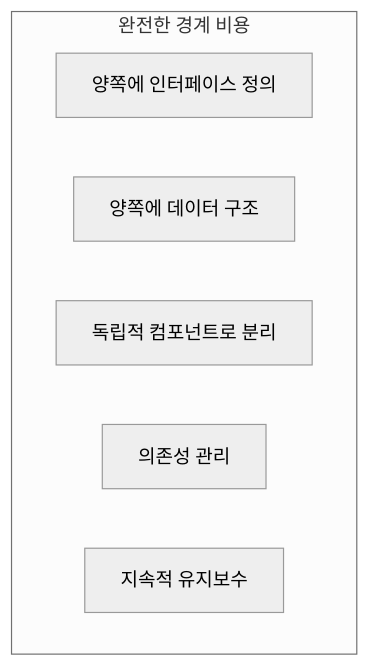
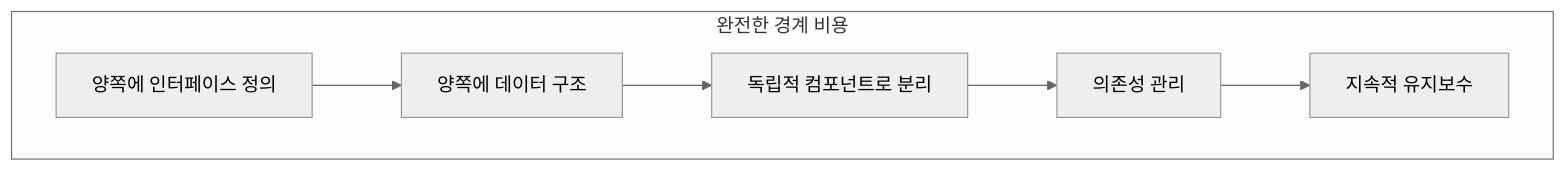
One commit to 42jerrykim/42jerrykim.github.io changed the first of 8 diagrams in content/collection/cleanarchitecture/34-partial-boundaries-cost-benefit-balance/index.md. Above: the diagram before and after it, drawn with Mermaid (neutral theme). The commit also changed other lines of this file, not shown here.

````diff
--- a/content/collection/cleanarchitecture/34-partial-boundaries-cost-benefit-balance/index.md
+++ b/content/collection/cleanarchitecture/34-partial-boundaries-cost-benefit-balance/index.md
@@ -42,10 +42,9 @@
 ```mermaid
 flowchart TB
     subgraph FullBoundary [완전한 경계 비용]
-        INTF[양쪽에 인터페이스 정의]
-        DS[양쪽에 데이터 구조]
-        DEP[독립적 컴포넌트로 분리]
-        MANAGE[의존성 관리]
-        MAINT[지속적 유지보수]
+        INTF[양쪽에 인터페이스 정의] --> DS[양쪽에 데이터 구조]
+        DS --> DEP[독립적 컴포넌트로 분리]
+        DEP --> MANAGE[의존성 관리]
+        MANAGE --> MAINT[지속적 유지보수]
     end
 ```
````
